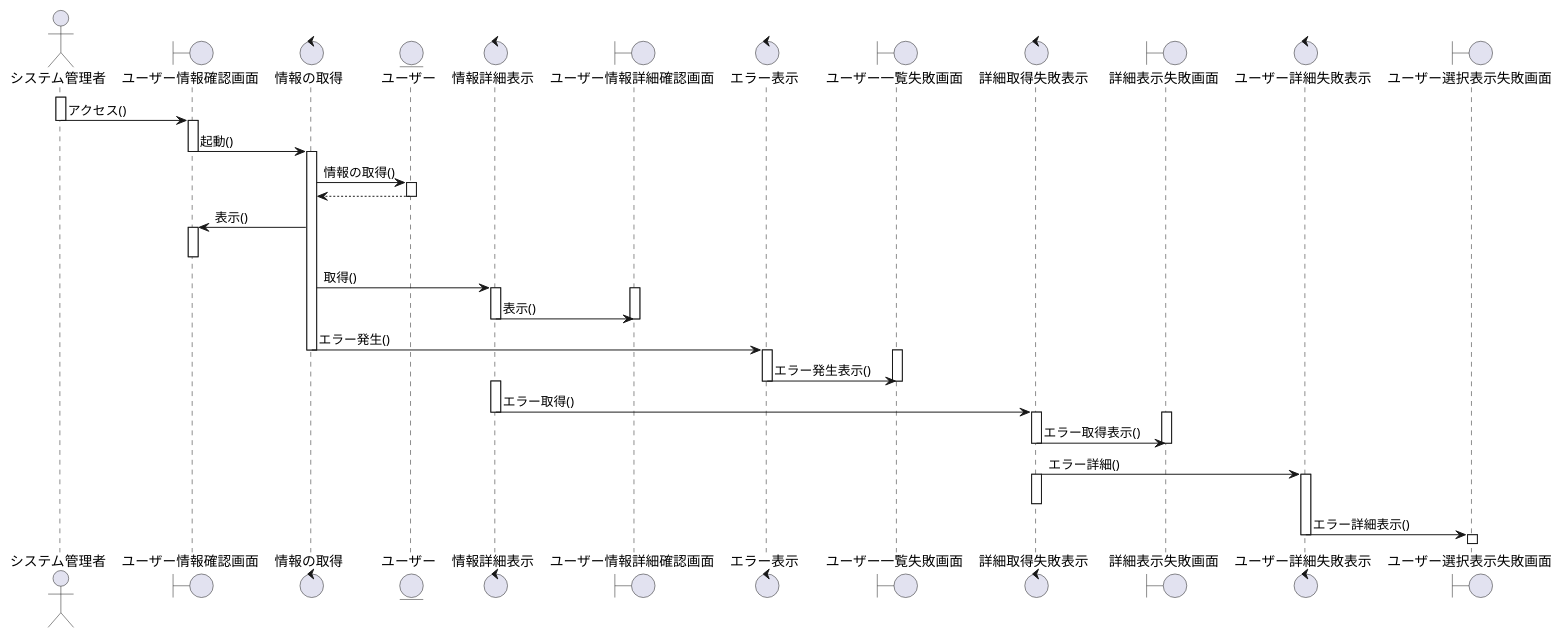
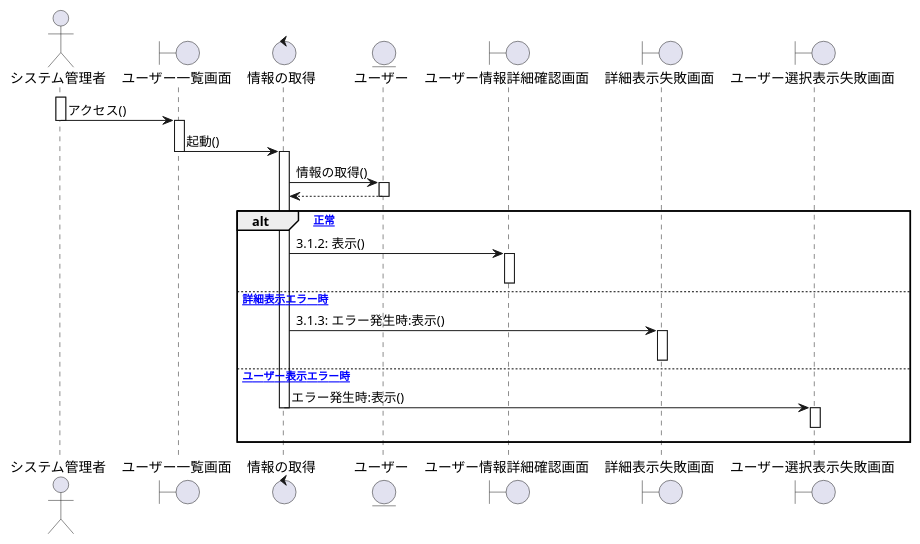
One commit to ksw2270227/GroupF changed the fourth of 6 diagrams in System.plantuml. Above: the diagram before and after it, drawn with PlantUML. The commit also changed other lines of this file and 1 other file, not shown here.

```diff
--- a/System.plantuml
+++ b/System.plantuml
@@ -145,58 +151,45 @@
 @startuml シーケンス図登録情報確認
 actor システム管理者
-boundary "ユーザー情報確認画面" as screenuser
+boundary "ユーザー一覧画面" as screenuser
 control "情報の取得" as information
 entity "ユーザー" as user
-control "情報詳細表示" as detail
+' control "情報詳細表示" as detail
 boundary "ユーザー情報詳細確認画面" as detailuser
-control "エラー表示" as error
-boundary "ユーザー一覧失敗画面" as erroruser
-control "詳細取得失敗表示" as errordetail
+' control "詳細取得失敗表示" as errordetail
 boundary "詳細表示失敗画面" as errorscreen
-control "ユーザー詳細失敗表示" as userdetail
+' control "ユーザー詳細失敗表示" as userdetail
 boundary "ユーザー選択表示失敗画面" as userdisplay
 
 activate システム管理者
 システム管理者 -> screenuser:アクセス()
 deactivate システム管理者
 activate screenuser
 screenuser -> information:起動()
 deactivate screenuser
 activate information
 information -> user:情報の取得()
 activate user
 user --> information
 deactivate user
-information -> screenuser:表示()
-activate screenuser
-deactivate screenuser
-information -> detail:取得()
-activate detail
+
+alt [正常]
+    information -> detailuser :3.1.2: 表示()
 activate detailuser
-detail -> detailuser:表示()
-deactivate detail
 deactivate detailuser
-information -> error:エラー発生()
+else [詳細表示エラー時]
+    information -> errorscreen :3.1.3: エラー発生時:表示()
+activate errorscreen
+deactivate errorscreen
+else [ユーザー表示エラー時]
+    information -> userdisplay :エラー発生時:表示()
 deactivate information
-activate error
-activate erroruser
-error -> erroruser:エラー発生表示()
-deactivate error
-deactivate erroruser
-activate detail
-detail -> errordetail:エラー取得()
-deactivate detail
-activate errordetail
-activate errorscreen
-errordetail -> errorscreen:エラー取得表示()
-deactivate errordetail
-deactivate errorscreen
-errordetail -> userdetail:エラー詳細()
-activate errordetail
-deactivate errordetail
-activate userdetail
-userdetail -> userdisplay:エラー詳細表示()
-deactivate userdetail
 activate userdisplay
+userdisplay -[hidden]-> userdisplay
 deactivate userdisplay
+
+end
+
+
+
+
 @enduml
```
